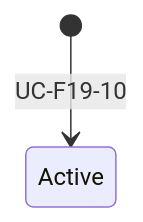
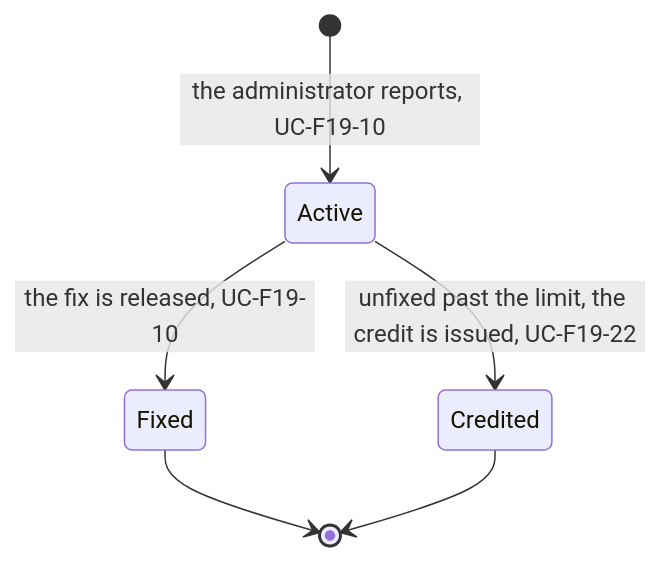
Before and after one commit to gpbcom/SimpleERP: the second of 2 diagrams in docs/specs/02-functional/f19-feature-factory/data/e-f19-16-feature-defect.md, drawn with Mermaid. The commit also changed other lines of this file and 8816 other files, not shown here.

````diff
--- a/docs/specs/02-functional/f19-feature-factory/data/e-f19-16-feature-defect.md
+++ b/docs/specs/02-functional/f19-feature-factory/data/e-f19-16-feature-defect.md
@@ -26,4 +57,8 @@
 ```mermaid
 stateDiagram-v2
-  [*] --> Active : UC-F19-10
+  [*] --> Active : the administrator reports, UC-F19-10
+  Active --> Fixed : the fix is released, UC-F19-10
+  Active --> Credited : unfixed past the limit, the credit is issued, UC-F19-22
+  Fixed --> [*]
+  Credited --> [*]
 ```
````
